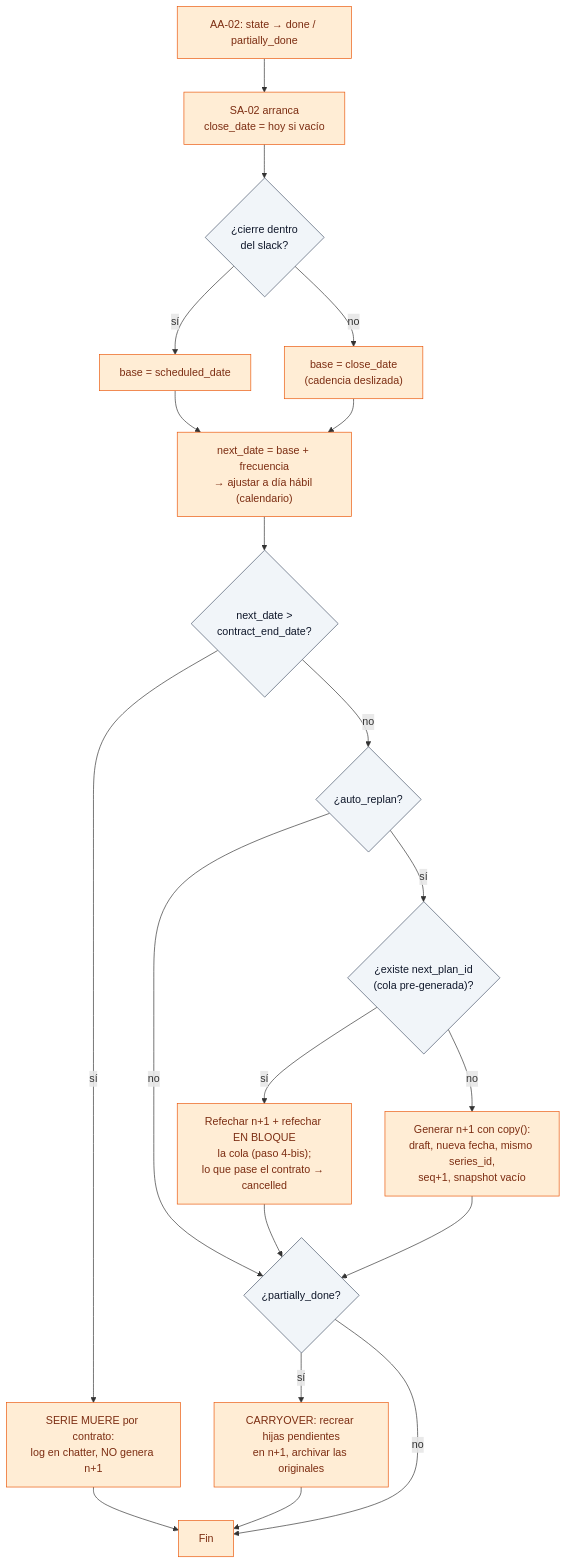
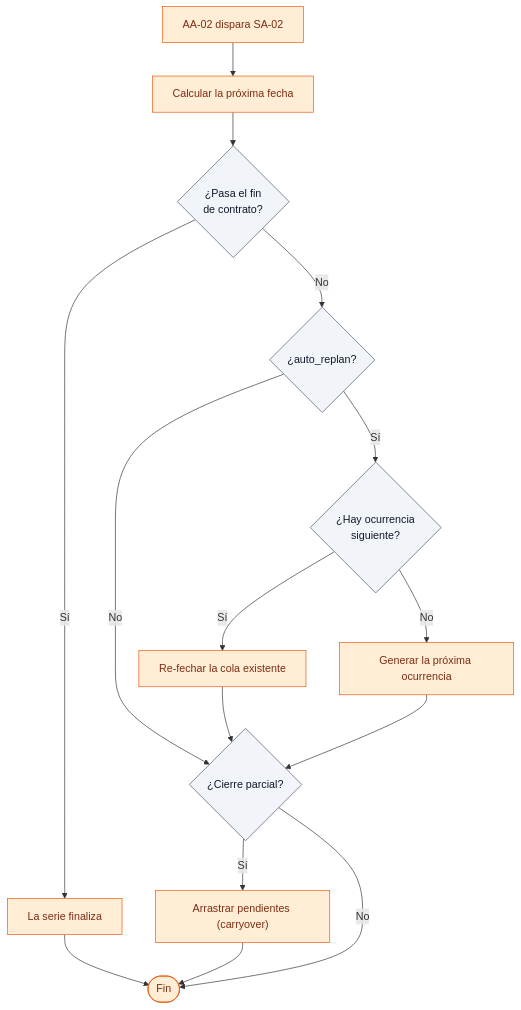
The seventh of 18 diagrams in maintenance_plan/PROCESOS_Y_FLUJOS.md (dcuerowe/odoo_con_mantenciones), drawn with Mermaid before and after one commit. The commit also changed other lines of this file and 1 other file, not shown here.

Commit message:
Cambios dentro de maintenance_plan

````diff
--- a/maintenance_plan/PROCESOS_Y_FLUJOS.md
+++ b/maintenance_plan/PROCESOS_Y_FLUJOS.md
@@ -180,33 +195,26 @@
 ```mermaid
 flowchart TD
-    A["AA-02: state → done / partially_done"]:::auto
-    B["SA-02 arranca<br/>close_date = hoy si vacío"]:::auto
-    C{"¿cierre dentro<br/>del slack?"}:::dec
-    D["base = scheduled_date"]:::auto
-    E["base = close_date<br/>(cadencia deslizada)"]:::auto
-    F["next_date = base + frecuencia<br/>→ ajustar a día hábil (calendario)"]:::auto
-    G{"next_date ><br/>contract_end_date?"}:::dec
-    H["SERIE MUERE por contrato:<br/>log en chatter, NO genera n+1"]:::auto
+    A["AA-02 dispara SA-02"]:::auto
+    B["Calcular la próxima fecha"]:::auto
+    G{"¿Pasa el fin<br/>de contrato?"}:::dec
+    H["La serie finaliza"]:::auto
     I{"¿auto_replan?"}:::dec
-    J{"¿existe next_plan_id<br/>(cola pre-generada)?"}:::dec
-    K["Refechar n+1 + refechar EN BLOQUE<br/>la cola (paso 4-bis);<br/>lo que pase el contrato → cancelled"]:::auto
-    L["Generar n+1 con copy():<br/>draft, nueva fecha, mismo series_id,<br/>seq+1, snapshot vacío"]:::auto
-    M{"¿partially_done?"}:::dec
-    N["CARRYOVER: recrear hijas pendientes<br/>en n+1, archivar las originales"]:::auto
-    Z["Fin"]:::auto
+    J{"¿Hay ocurrencia<br/>siguiente?"}:::dec
+    K["Re-fechar la cola existente"]:::auto
+    L["Generar la próxima ocurrencia"]:::auto
+    M{"¿Cierre parcial?"}:::dec
+    N["Arrastrar pendientes (carryover)"]:::auto
+    Z(["Fin"]):::auto
 
-    A --> B --> C
-    C -->|sí| D --> F
-    C -->|no| E --> F
-    F --> G
-    G -->|sí| H --> Z
-    G -->|no| I
-    I -->|no| M
-    I -->|sí| J
-    J -->|sí| K --> M
-    J -->|no| L --> M
-    M -->|sí| N --> Z
-    M -->|no| Z
+    A --> B --> G
+    G -->|Sí| H --> Z
+    G -->|No| I
+    I -->|No| M
+    I -->|Sí| J
+    J -->|Sí| K --> M
+    J -->|No| L --> M
+    M -->|Sí| N --> Z
+    M -->|No| Z
     classDef auto fill:#ffedd5,stroke:#ea580c,color:#7c2d12;
     classDef dec fill:#f1f5f9,stroke:#475569,color:#0f172a;
 ```
````
